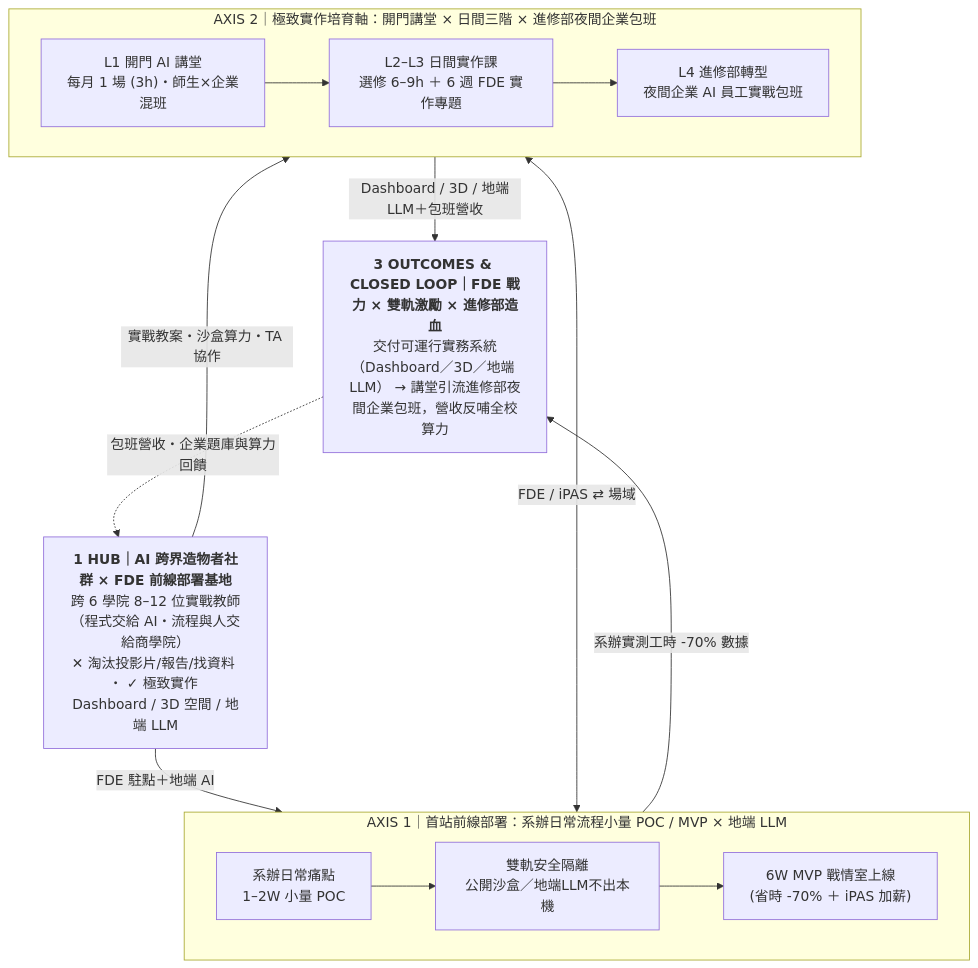
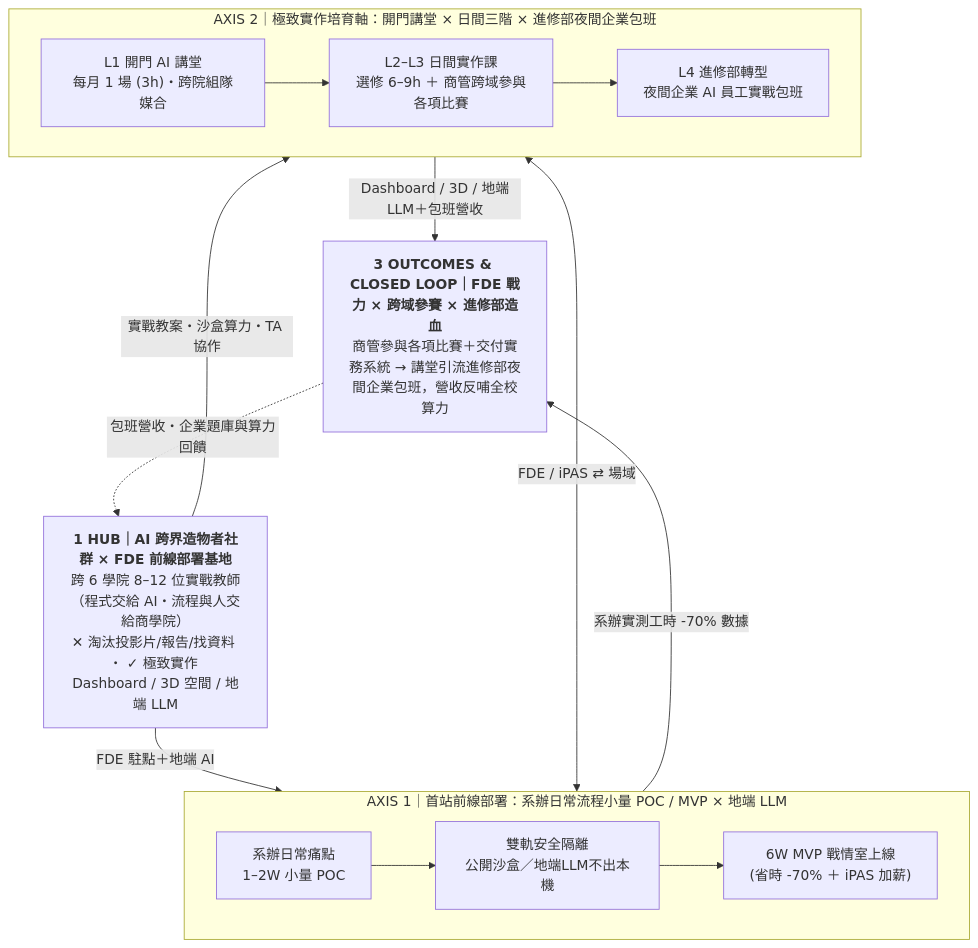
Before and after one commit to nutcelvischen-jpg/nutc-ai-open-door: the first of 4 diagrams in README.md, drawn with Mermaid. The commit also changed other lines of this file and 2 other files, not shown here.

````diff
--- a/README.md
+++ b/README.md
@@ -16,24 +16,24 @@
 ```mermaid
 flowchart TB
     HUB["<b>1 HUB｜AI 跨界造物者社群 × FDE 前線部署基地</b><br/>跨 6 學院 8–12 位實戰教師（程式交給 AI・流程與人交給商學院）<br/>✕ 淘汰投影片/報告/找資料 ・ ✓ 極致實作 Dashboard / 3D 空間 / 地端 LLM"]
 
     HUB -->|"FDE 駐點＋地端 AI"| A1
     HUB -->|"實戰教案・沙盒算力・TA 協作"| A2
 
     subgraph A1["AXIS 1｜首站前線部署：系辦日常流程小量 POC / MVP × 地端 LLM"]
         direction LR
         P1["系辦日常痛點<br/>1–2W 小量 POC"] --> P2["雙軌安全隔離<br/>公開沙盒／地端LLM不出本機"] --> P3["6W MVP 戰情室上線<br/>(省時 -70% ＋ iPAS 加薪)"]
     end
 
     subgraph A2["AXIS 2｜極致實作培育軸：開門講堂 × 日間三階 × 進修部夜間企業包班"]
         direction LR
-        L1["L1 開門 AI 講堂<br/>每月 1 場 (3h)・師生×企業混班"] --> L2["L2–L3 日間實作課<br/>選修 6–9h ＋ 6 週 FDE 實作專題"] --> L4["L4 進修部轉型<br/>夜間企業 AI 員工實戰包班"]
+        L1["L1 開門 AI 講堂<br/>每月 1 場 (3h)・跨院組隊媒合"] --> L2["L2–L3 日間實作課<br/>選修 6–9h ＋ 商管跨域參與各項比賽"] --> L4["L4 進修部轉型<br/>夜間企業 AI 員工實戰包班"]
     end
 
     A1 <-->|"FDE / iPAS ⇄ 場域"| A2
     A1 -->|"系辦實測工時 -70% 數據"| LOOP
     A2 -->|"Dashboard / 3D / 地端LLM＋包班營收"| LOOP
 
-    LOOP["<b>3 OUTCOMES & CLOSED LOOP｜FDE 戰力 × 雙軌激勵 × 進修部造血</b><br/>交付可運行實務系統（Dashboard／3D／地端 LLM） → 講堂引流進修部夜間企業包班，營收反哺全校算力"]
+    LOOP["<b>3 OUTCOMES & CLOSED LOOP｜FDE 戰力 × 跨域參賽 × 進修部造血</b><br/>商管參與各項比賽＋交付實務系統 → 講堂引流進修部夜間企業包班，營收反哺全校算力"]
     LOOP -.->|"包班營收・企業題庫與算力回饋"| HUB
 ```
````
